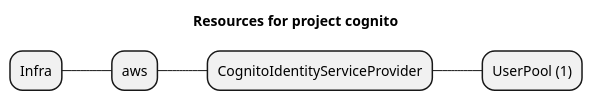
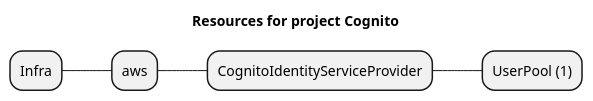
The diagram in examples/aws/cognito/artifacts/resources-mindmap.puml (grucloud/grucloud), drawn with PlantUML before and after one commit. The commit also changed 93 other files, not shown here.

```diff
--- a/examples/aws/cognito/artifacts/resources-mindmap.puml
+++ b/examples/aws/cognito/artifacts/resources-mindmap.puml
@@ -1,8 +1,8 @@
 @startmindmap
-title Resources for project cognito
+title Resources for project Cognito
 skinparam monochrome true
 + Infra
 ++ aws
 +++ CognitoIdentityServiceProvider
 ++++ UserPool (1)
 @endmindmap
```
